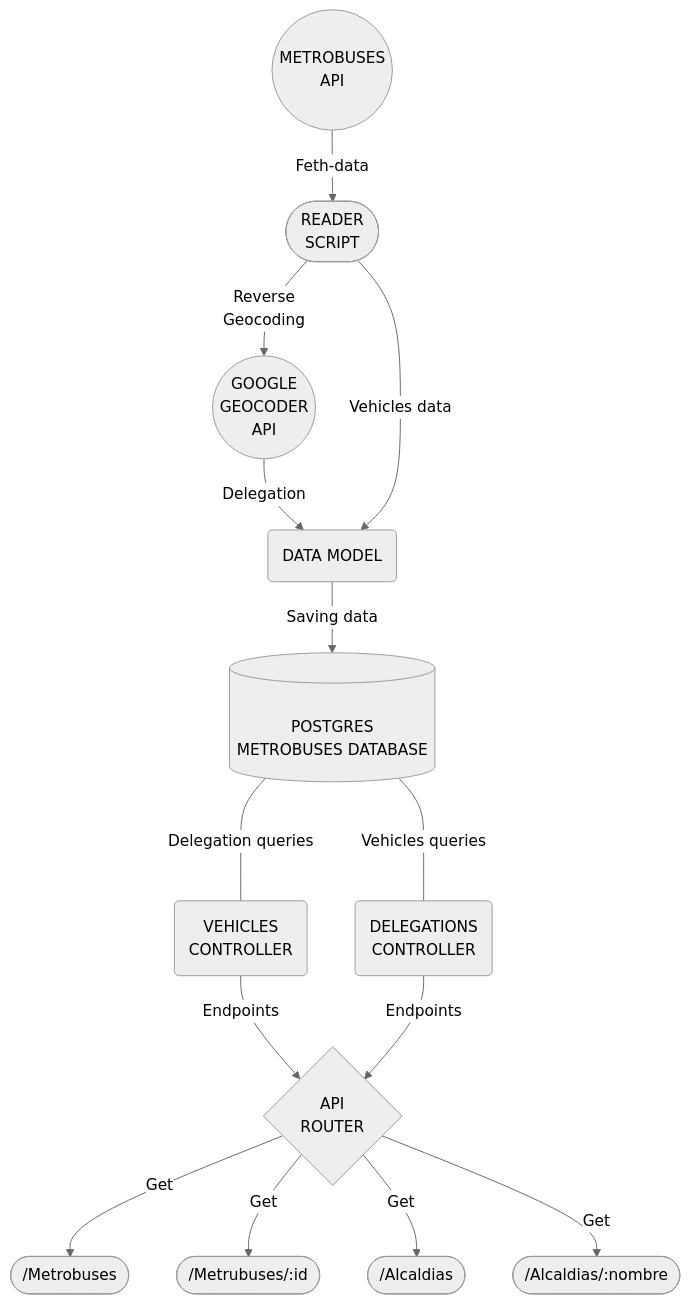
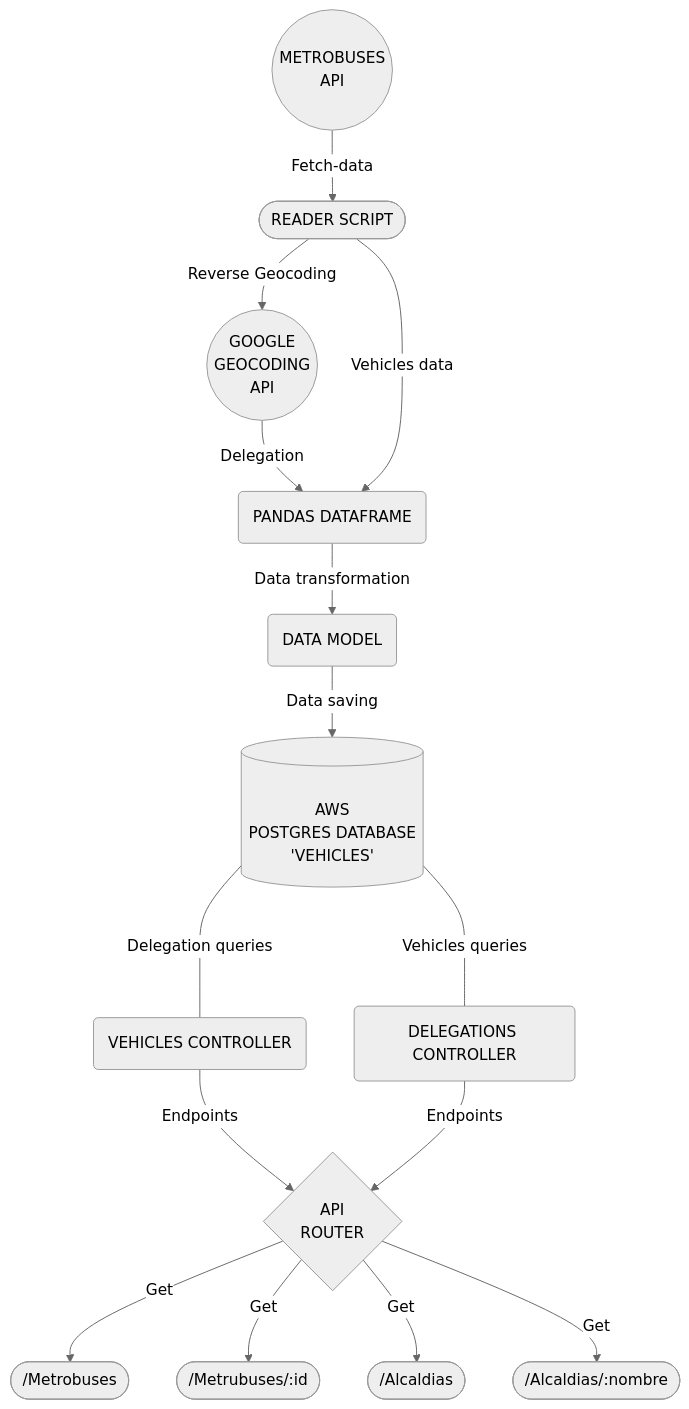
The diagram in README.md (FabianGarciaXY/data_pipeline_), drawn with Mermaid (neutral theme) before and after one commit. The commit also changed other lines of this file, not shown here.

Commit message:
Updated the solution and the diagram

````diff
--- a/README.md
+++ b/README.md
@@ -58,29 +81,32 @@
 ```mermaid
 graph TD
+    %% Metrobuses a Reader
+    A1(("METROBUSES <br> API"))--"Fetch-data"-->B1(["READER SCRIPT"])
+    %% Geocoder a Reader
+    A2(("GOOGLE <br> GEOCODING <br> API"))--Delegation-->D1
+    B1--"Reverse Geocoding"-->A2
+    %% Reader a Geocoder
+    %% Reader a Model
+    B1--"Vehicles data"-->D1("PANDAS DATAFRAME")
 
-    %% Metrobuses a Reader
-    A1(("METROBUSES <br> API"))--Feth-data-->B1(["READER <br> SCRIPT"])
-    %% Geocoder a Reader
-    A2(("GOOGLE <br> GEOCODER <br> API"))--Delegation-->D1
-    %% Reader a Geocoder
-    B1--"Reverse <br> Geocoding"-->A2
-    %% Reader a Model
-    B1--"Vehicles data"-->D1("DATA MODEL")
+
+    D1--"Data transformation"-->D2("DATA MODEL")
     
 
     %% Database
-    D1--"Saving data"-->F1[(" <br>POSTGRES <br>METROBUSES DATABASE <br>")]
-    
-    %% Controllers
-    F1--"Vehicles queries"----G1(DELEGATIONS <br> CONTROLLER)
-    F1--"Delegation queries"----G2(VEHICLES <br> CONTROLLER)
+    D2--"Data saving"-->F1[(" <br> AWS <br> POSTGRES DATABASE <br> 'VEHICLES'")]
+
+        %% Controllers
+    F1--"Vehicles queries"----G1(DELEGATIONS CONTROLLER)
+    F1--"Delegation queries"----G2(VEHICLES CONTROLLER)
 
     G2 --"Endpoints"-->I1
     G1 --"Endpoints"--> I1{API <br> ROUTER}
 
     %% Endpoints
     I1 --> |Get|-E1([/Metrobuses])
     I1 --> |Get|-E2([/Metrubuses/:id])
     I1 --> |Get|-E3([/Alcaldias])
     I1 --> |Get|-E4(["/Alcaldias/:nombre"])
+
 ```
````
